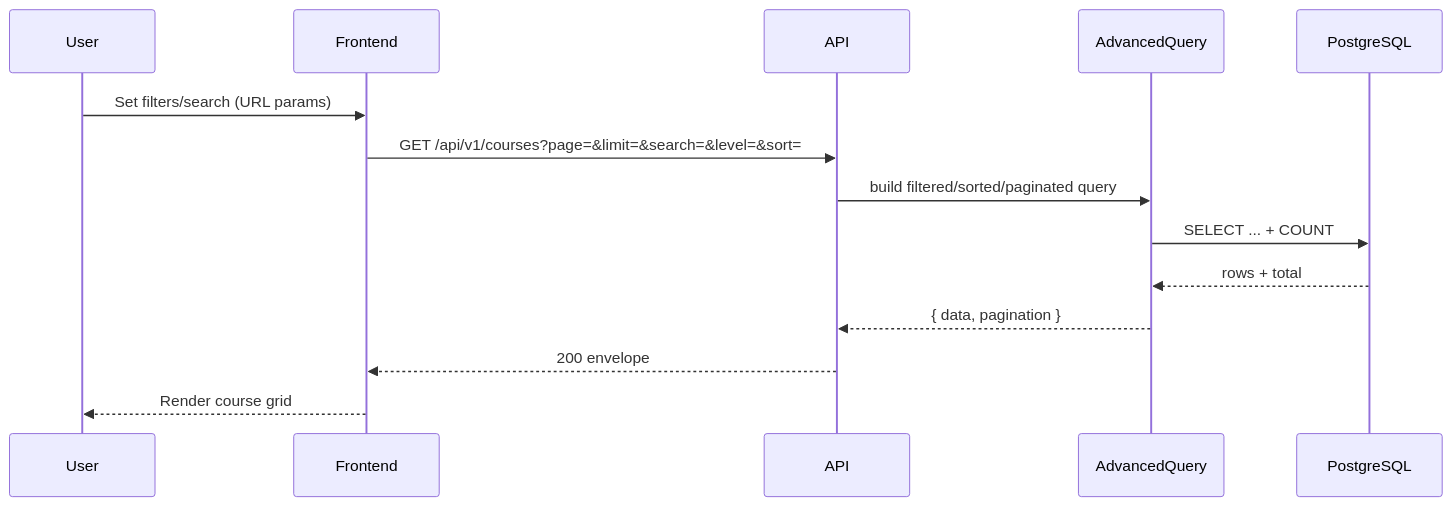
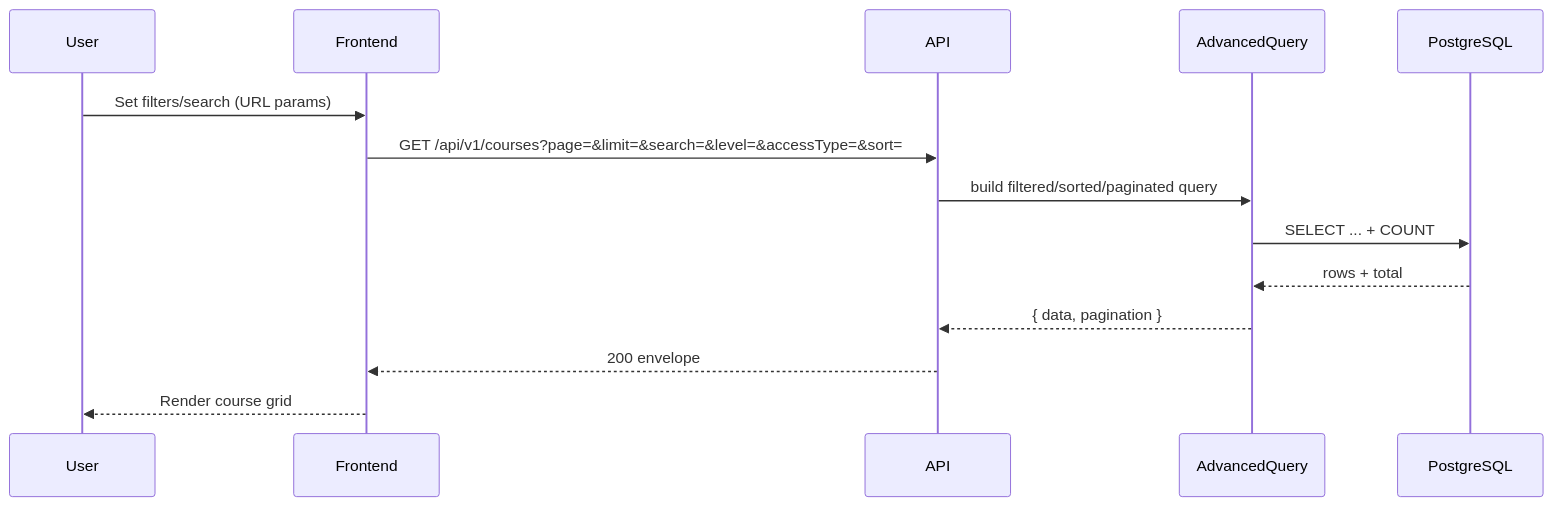
Before and after one commit to Rafy-Tho/LearnSphere: the third of 10 diagrams in docs/03-analysis/workflows.md, drawn with Mermaid. The commit also changed other lines of this file and 87 other files, not shown here.

````diff
--- a/docs/03-analysis/workflows.md
+++ b/docs/03-analysis/workflows.md
@@ -61,17 +61,17 @@
 ```mermaid
 sequenceDiagram
   participant U as User
   participant F as Frontend
   participant A as API
   participant Q as AdvancedQuery
   participant DB as PostgreSQL
 
   U->>F: Set filters/search (URL params)
-  F->>A: GET /api/v1/courses?page=&limit=&search=&level=&sort=
+  F->>A: GET /api/v1/courses?page=&limit=&search=&level=&accessType=&sort=
   A->>Q: build filtered/sorted/paginated query
   Q->>DB: SELECT ... + COUNT
   DB-->>Q: rows + total
   Q-->>A: { data, pagination }
   A-->>F: 200 envelope
   F-->>U: Render course grid
 ```
````
